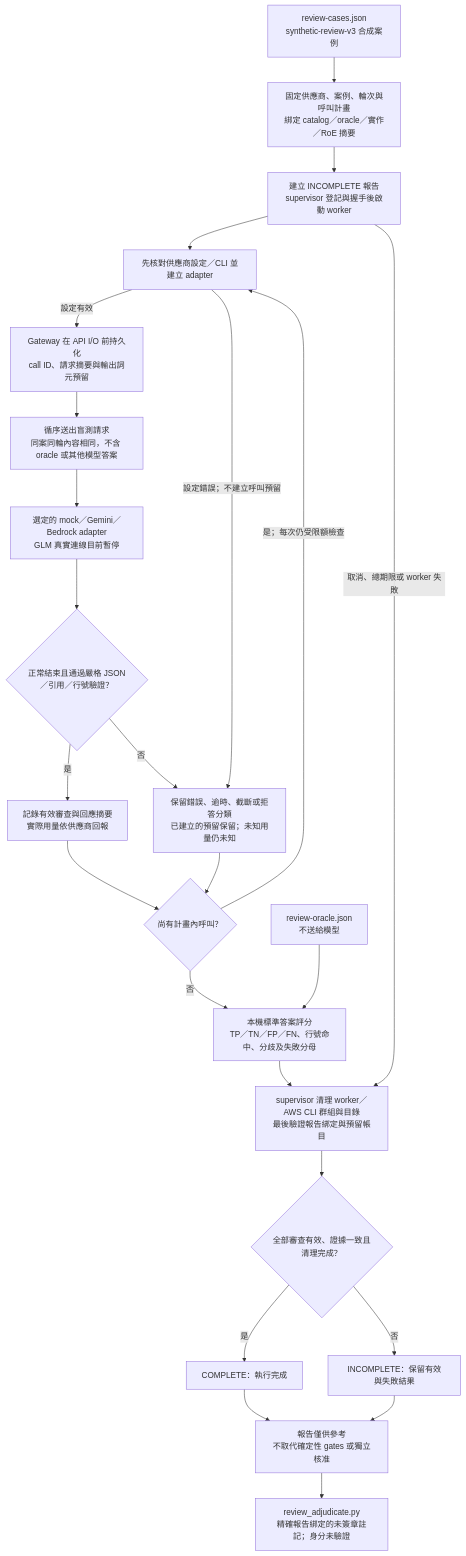
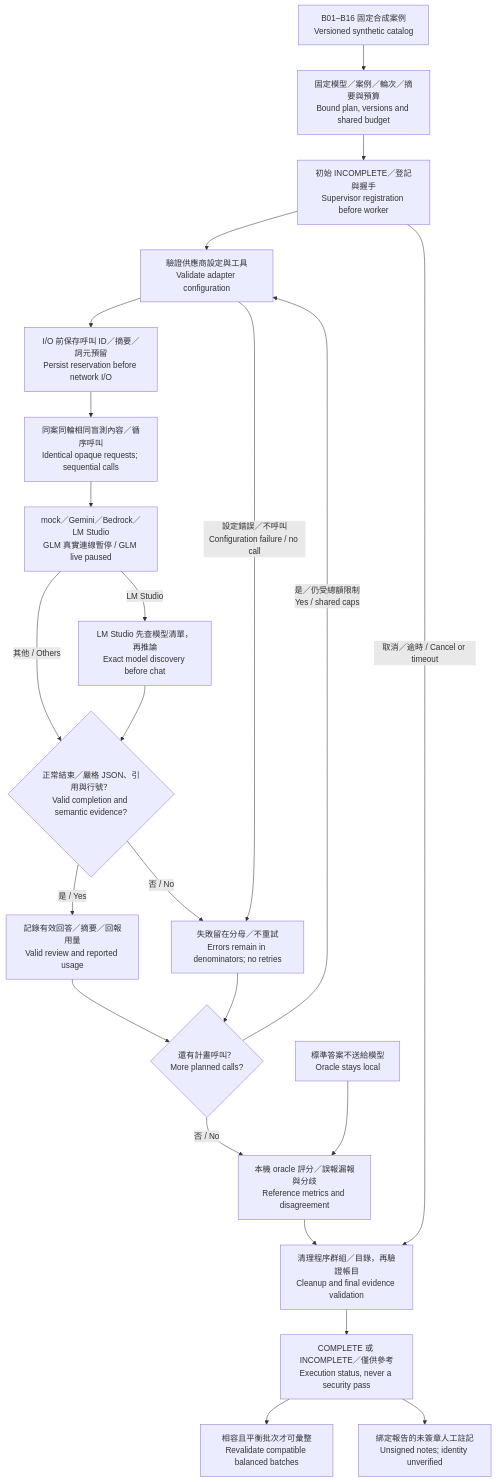
Before and after one commit to chinchiang/MultiAgentEpsilon: the diagram in docs/diagrams/model-review-flow.mmd, drawn with Mermaid. The commit also changed 128 other files, not shown here.

Commit message:
Fix evidence and import boundaries; add bounded LM Studio and bilingual docs

```diff
--- a/docs/diagrams/model-review-flow.mmd
+++ b/docs/diagrams/model-review-flow.mmd
@@ -1,24 +1,23 @@
 flowchart TB
-    Cases["review-cases.json<br/>synthetic-review-v3 合成案例"] --> Plan["固定供應商、案例、輪次與呼叫計畫<br/>綁定 catalog／oracle／實作／RoE 摘要"]
-    Plan --> Initial["建立 INCOMPLETE 報告<br/>supervisor 登記與握手後啟動 worker"]
-    Initial --> Configure["先核對供應商設定／CLI 並建立 adapter"]
-    Configure -->|"設定有效"| Reserve["Gateway 在 API I/O 前持久化<br/>call ID、請求摘要與輸出詞元預留"]
-    Reserve --> Request["循序送出盲測請求<br/>同案同輪內容相同，不含 oracle 或其他模型答案"]
-    Request --> Provider["選定的 mock／Gemini／Bedrock adapter<br/>GLM 真實連線目前暫停"]
-    Provider --> Valid{"正常結束且通過嚴格 JSON／引用／行號驗證？"}
-    Valid -->|"是"| Success["記錄有效審查與回應摘要<br/>實際用量依供應商回報"]
-    Valid -->|"否"| Failure["保留錯誤、逾時、截斷或拒答分類<br/>已建立的預留保留；未知用量仍未知"]
-    Configure -->|"設定錯誤；不建立呼叫預留"| Failure
-    Success --> Next{"尚有計畫內呼叫？"}
+    Cases["B01–B16 固定合成案例<br/>Versioned synthetic catalog"] --> Plan["固定模型／案例／輪次／摘要與預算<br/>Bound plan, versions and shared budget"]
+    Plan --> Initial["初始 INCOMPLETE／登記與握手<br/>Supervisor registration before worker"]
+    Initial --> Config["驗證供應商設定與工具<br/>Validate adapter configuration"]
+    Config --> Reserve["I/O 前保存呼叫 ID／摘要／詞元預留<br/>Persist reservation before network I/O"]
+    Reserve --> Request["同案同輪相同盲測內容／循序呼叫<br/>Identical opaque requests; sequential calls"]
+    Request --> Adapter["mock／Gemini／Bedrock／LM Studio<br/>GLM 真實連線暫停 / GLM live paused"]
+    Adapter -->|"LM Studio"| Local["LM Studio 先查模型清單，再推論<br/>Exact model discovery before chat"]
+    Adapter -->|"其他 / Others"| Valid
+    Local --> Valid{"正常結束／嚴格 JSON、引用與行號？<br/>Valid completion and semantic evidence?"}
+    Valid -->|"是 / Yes"| Success["記錄有效回答／摘要／回報用量<br/>Valid review and reported usage"]
+    Valid -->|"否 / No"| Failure["失敗留在分母／不重試<br/>Errors remain in denominators; no retries"]
+    Config -->|"設定錯誤／不呼叫<br/>Configuration failure / no call"| Failure
+    Success --> Next{"還有計畫呼叫？<br/>More planned calls?"}
     Failure --> Next
-    Next -->|"是；每次仍受限額檢查"| Configure
-    Next -->|"否"| Score["本機標準答案評分<br/>TP／TN／FP／FN、行號命中、分歧及失敗分母"]
-    Oracle["review-oracle.json<br/>不送給模型"] --> Score
-    Score --> Cleanup["supervisor 清理 worker／AWS CLI 群組與目錄<br/>最後驗證報告綁定與預留帳目"]
-    Initial -->|"取消、總期限或 worker 失敗"| Cleanup
-    Cleanup --> Status{"全部審查有效、證據一致且清理完成？"}
-    Status -->|"是"| Complete["COMPLETE：執行完成"]
-    Status -->|"否"| Incomplete["INCOMPLETE：保留有效與失敗結果"]
-    Complete --> Advisory["報告僅供參考<br/>不取代確定性 gates 或獨立核准"]
-    Incomplete --> Advisory
-    Advisory --> Notes["review_adjudicate.py<br/>精確報告綁定的未簽章註記；身分未驗證"]
+    Next -->|"是／仍受總額限制<br/>Yes / shared caps"| Config
+    Next -->|"否 / No"| Score["本機 oracle 評分／誤報漏報與分歧<br/>Reference metrics and disagreement"]
+    Oracle["標準答案不送給模型<br/>Oracle stays local"] --> Score
+    Score --> Cleanup["清理程序群組／目錄，再驗證帳目<br/>Cleanup and final evidence validation"]
+    Initial -->|"取消／逾時 / Cancel or timeout"| Cleanup
+    Cleanup --> Report["COMPLETE 或 INCOMPLETE／僅供參考<br/>Execution status, never a security pass"]
+    Report --> Compare["相容且平衡批次才可彙整<br/>Revalidate compatible balanced batches"]
+    Report --> Notes["綁定報告的未簽章人工註記<br/>Unsigned notes; identity unverified"]
```
